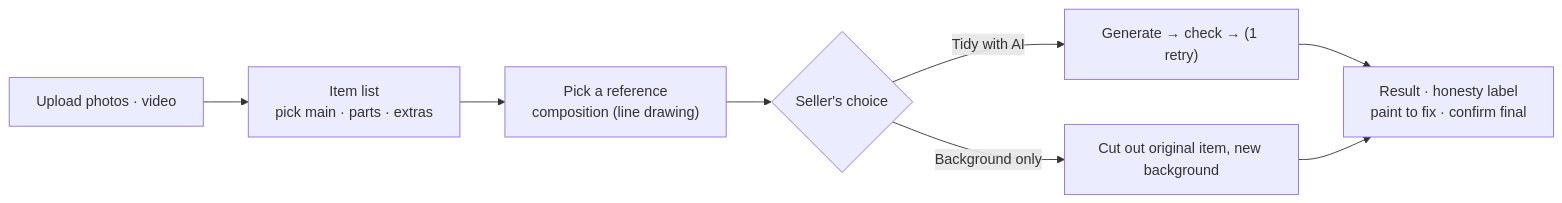
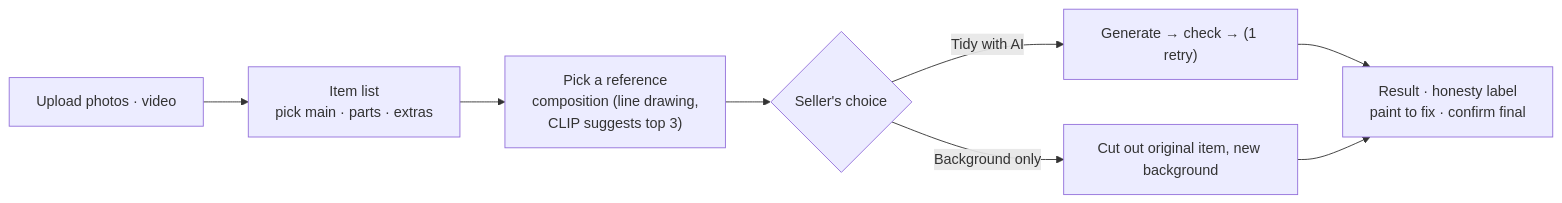
One commit to cha0620/Carret-App changed the diagram in Readme.md. Above: the diagram before and after it, drawn with Mermaid. The commit also changed 2 other files, not shown here.

Commit message:
CHANGELOG · README: 정답 추천(CLIP) · 정답 기준 더 필요한 사진 · 각도 규칙 삭제 · 실패 레포트

````diff
--- a/Readme.md
+++ b/Readme.md
@@ -45,10 +45,10 @@
 ```mermaid
 flowchart LR
   U["Upload photos · video"] --> L["Item list<br/>pick main · parts · extras"]
-  L --> R["Pick a reference<br/>composition (line drawing)"]
+  L --> R["Pick a reference<br/>composition (line drawing,<br/>CLIP suggests top 3)"]
   R --> C{"Seller's choice"}
   C -->|Tidy with AI| G["Generate → check → (1 retry)"]
   C -->|Background only| B["Cut out original item, new background"]
   G --> F["Result · honesty label<br/>paint to fix · confirm final"]
   B --> F
 ```
````
